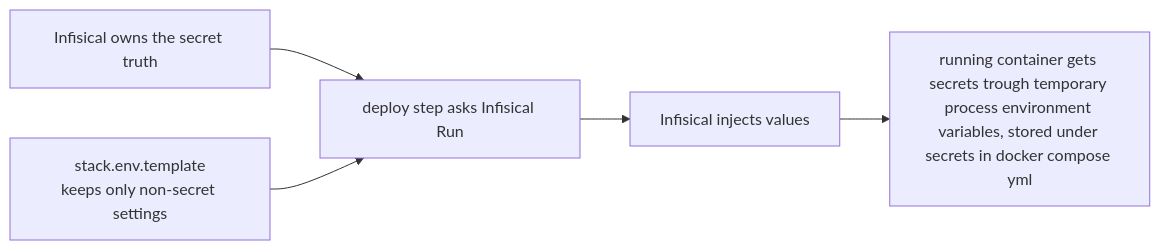
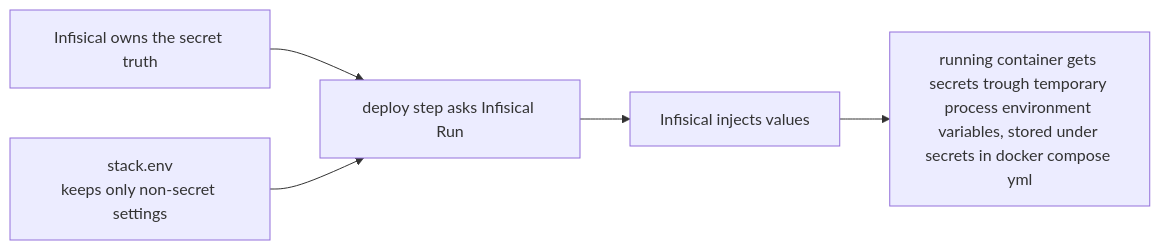
The second of 3 diagrams in _posts/2026-03-09-why-i-finally-moved-my-homelab-secrets-out-of-env-files.md (kriebb/kriebb.github.io), drawn with Mermaid before and after one commit. The commit also changed other lines of this file and 1 other file, not shown here.

````diff
--- a/_posts/2026-03-09-why-i-finally-moved-my-homelab-secrets-out-of-env-files.md
+++ b/_posts/2026-03-09-why-i-finally-moved-my-homelab-secrets-out-of-env-files.md
@@ -84,7 +82,7 @@
 ```mermaid
 flowchart LR
   A1["Infisical owns the secret truth"] --> A2["deploy step asks Infisical Run"]
-  A3["stack.env.template<br/>keeps only non-secret settings"] --> A2
+  A3["stack.env<br/>keeps only non-secret settings"] --> A2
   A2 --> A4["Infisical injects values"]
   A4 --> A5["running container gets secrets trough temporary process environment variables, stored under secrets in docker compose yml"]
 ```
````
